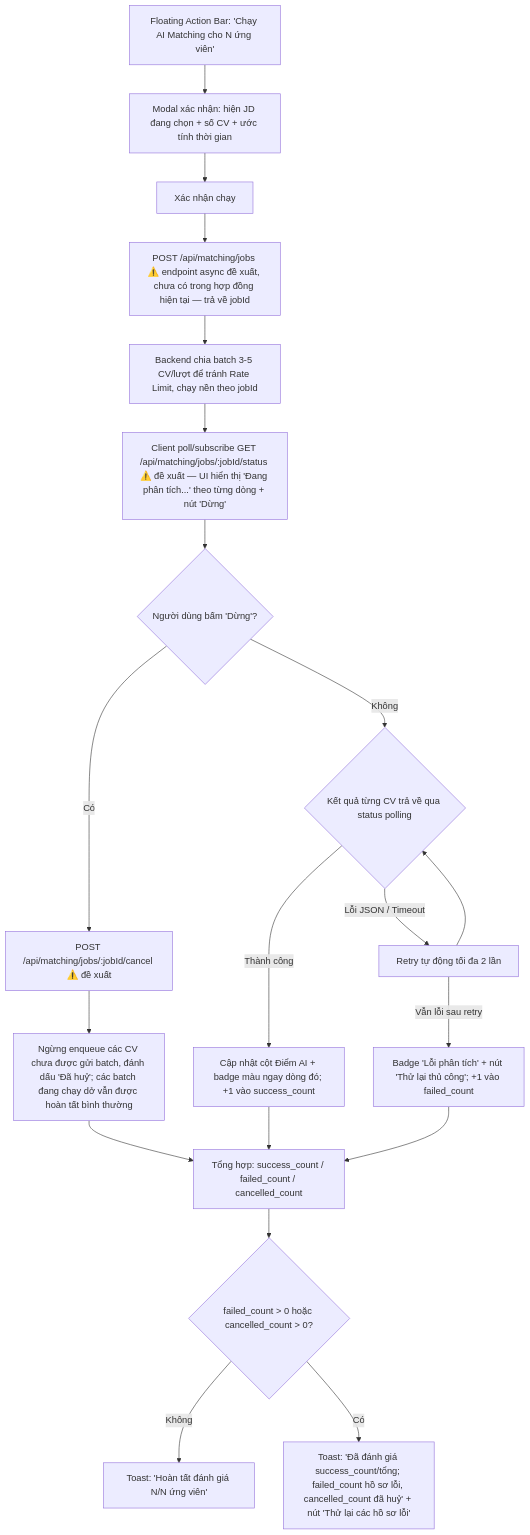
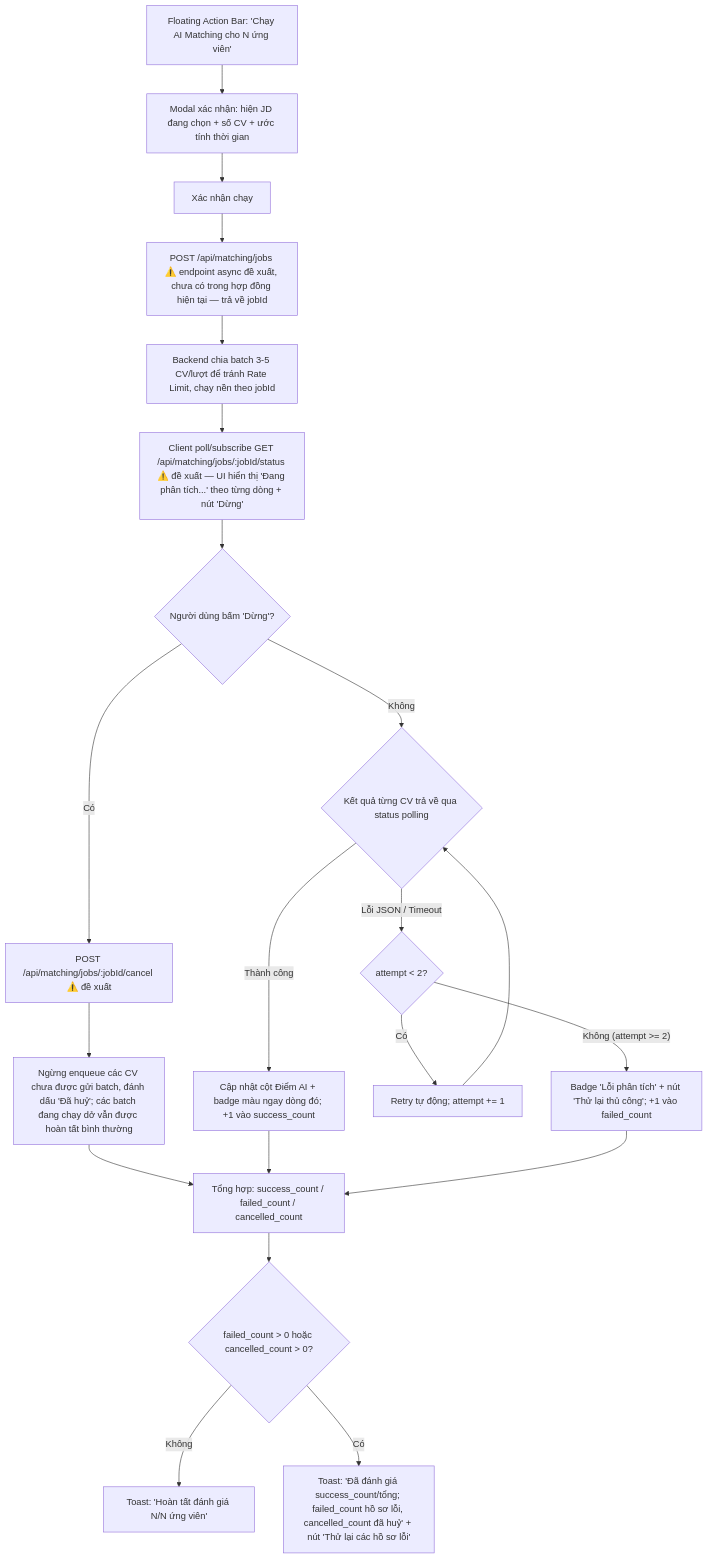
The fifth of 6 diagrams in docs/Chuong4/UserFlow.md (nadz1112/MikiriCV), drawn with Mermaid before and after one commit. The commit also changed other lines of this file, not shown here.

Commit message:
docs: UX/UI Design (User Flow, Wireframe, Prototype, AI Design Review) for CVMikiri

````diff
--- a/docs/Chuong4/UserFlow.md
+++ b/docs/Chuong4/UserFlow.md
@@ -137,22 +137,23 @@
 ```mermaid
 flowchart TD
     A[Floating Action Bar: 'Chạy AI Matching cho N ứng viên'] --> B[Modal xác nhận: hiện JD đang chọn + số CV + ước tính thời gian]
     B --> C[Xác nhận chạy]
     C --> D["POST /api/matching/jobs ⚠️ endpoint async đề xuất, chưa có trong hợp đồng hiện tại — trả về jobId"]
     D --> D2[Backend chia batch 3-5 CV/lượt để tránh Rate Limit, chạy nền theo jobId]
     D2 --> E["Client poll/subscribe GET /api/matching/jobs/:jobId/status ⚠️ đề xuất — UI hiển thị 'Đang phân tích...' theo từng dòng + nút 'Dừng'"]
     E --> F{Người dùng bấm 'Dừng'?}
     F -- Có --> F2["POST /api/matching/jobs/:jobId/cancel ⚠️ đề xuất"]
     F2 --> G[Ngừng enqueue các CV chưa được gửi batch, đánh dấu 'Đã huỷ'; các batch đang chạy dở vẫn được hoàn tất bình thường]
     F -- Không --> H{Kết quả từng CV trả về qua status polling}
     H -- Thành công --> I[Cập nhật cột Điểm AI + badge màu ngay dòng đó; +1 vào success_count]
-    H -- Lỗi JSON / Timeout --> J[Retry tự động tối đa 2 lần]
-    J --> H
-    J -- Vẫn lỗi sau retry --> K["Badge 'Lỗi phân tích' + nút 'Thử lại thủ công'; +1 vào failed_count"]
+    H -- Lỗi JSON / Timeout --> J{attempt < 2?}
+    J -- Có --> R[Retry tự động; attempt += 1]
+    R --> H
+    J -- Không (attempt >= 2) --> K["Badge 'Lỗi phân tích' + nút 'Thử lại thủ công'; +1 vào failed_count"]
     G --> L[Tổng hợp: success_count / failed_count / cancelled_count]
     I --> L
     K --> L
     L --> M{failed_count > 0 hoặc cancelled_count > 0?}
     M -- Không --> N["Toast: 'Hoàn tất đánh giá N/N ứng viên'"]
     M -- Có --> O["Toast: 'Đã đánh giá success_count/tổng; failed_count hồ sơ lỗi, cancelled_count đã huỷ' + nút 'Thử lại các hồ sơ lỗi'"]
 ```
````
